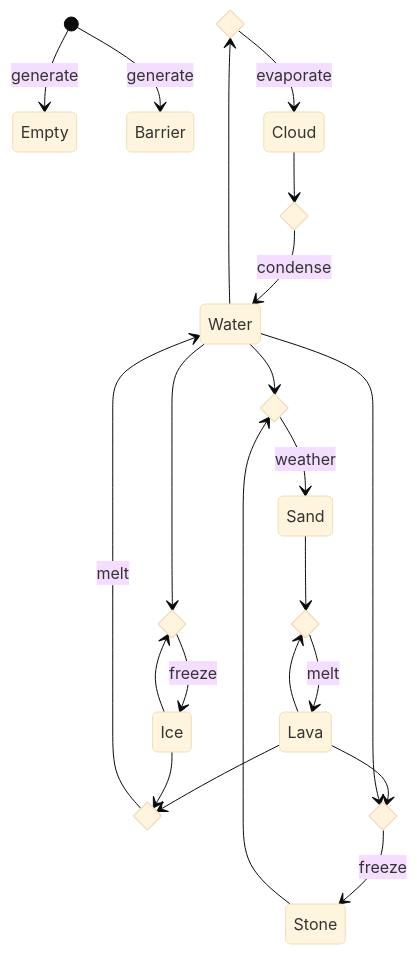
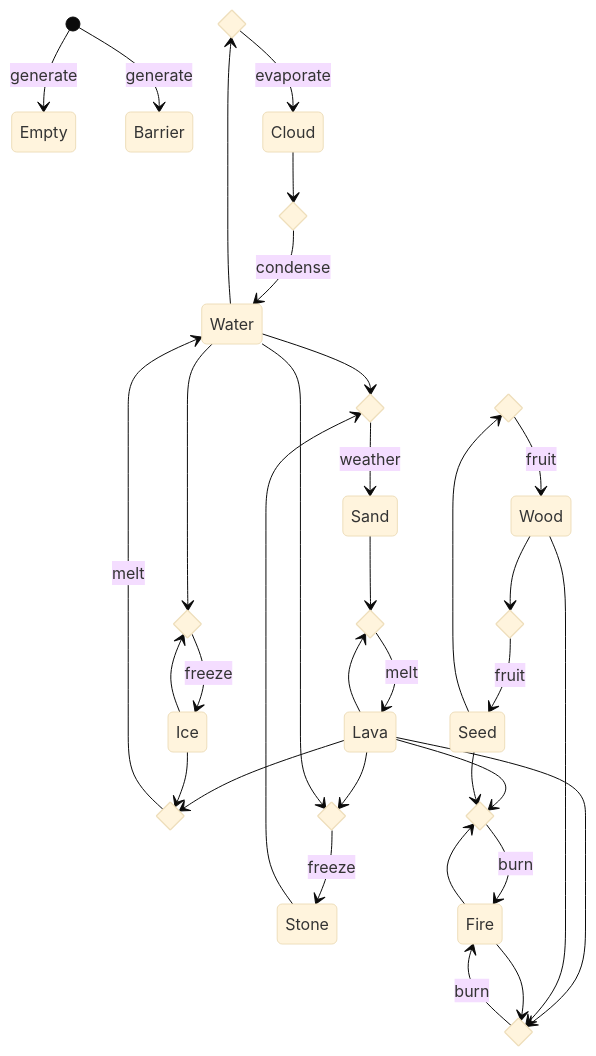
The diagram in Diagrams/state.mermaid (Intro-specter/powderGame), drawn with Mermaid (base theme) before and after one commit. The commit also changed 13 other files, not shown here.

Commit message:
Materialien hinzugefügt: - Fire - Seed - Wood

```diff
--- a/Diagrams/state.mermaid
+++ b/Diagrams/state.mermaid
@@ -1,29 +1,45 @@
 stateDiagram-v2
     state evaporate <<choice>> %% water to cloud
     state condense <<choice>> %% cloud to water
     state weather <<choice>> %% stone to sand
     state water_freeze <<choice>>
     state sand_melt <<choice>> %% sand to lava
     state ice_melt <<choice>> %% ice to sand
     state lava_freeze <<choice>> %% lava to stone
+    state seed_burn <<choice>>
+    state wood_burn <<choice>>
+    state sprout <<choice>>
+    state fruit <<choice>>
     [*] --> Empty: generate
     [*] --> Barrier: generate
     Sand --> sand_melt
     Stone --> weather
     Lava --> ice_melt
     Lava --> sand_melt
     Lava --> lava_freeze
+    Lava --> seed_burn
+    Lava --> wood_burn
     Water --> evaporate
     Water --> weather
     Water --> water_freeze
     Water --> lava_freeze
     Cloud --> condense
     Ice --> ice_melt
     Ice --> water_freeze
+    Wood --> wood_burn
+    Wood --> fruit
+    Seed --> seed_burn
+    Seed --> sprout
+    Fire --> seed_burn
+    Fire --> wood_burn
     evaporate --> Cloud: evaporate
     condense --> Water: condense
     weather --> Sand: weather
     sand_melt --> Lava: melt
     lava_freeze --> Stone: freeze 
     ice_melt --> Water: melt
     water_freeze --> Ice: freeze
+    seed_burn --> Fire: burn
+    wood_burn --> Fire: burn
+    fruit --> Seed: fruit
+    sprout --> Wood: fruit
```
